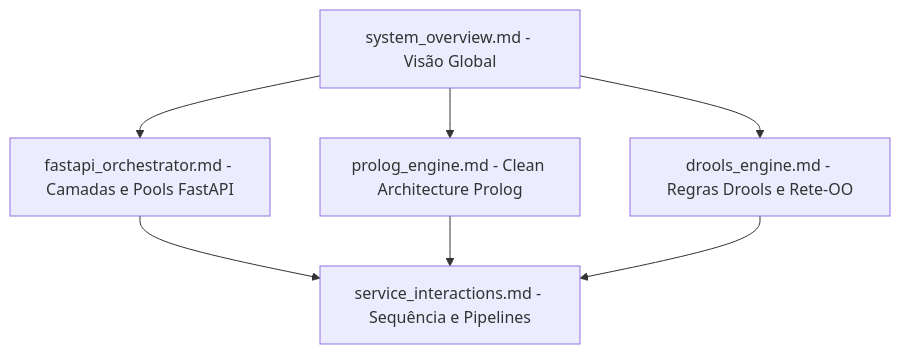
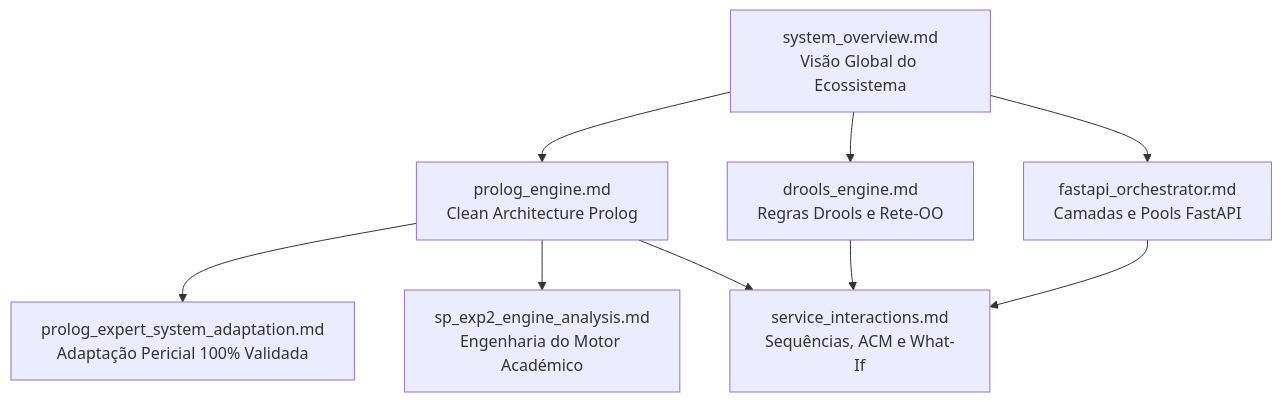
One commit to Alvaro1940052/meia-equipa3-challenge1-26_27 changed the diagram in docs/architecture/README.md. Above: the diagram before and after it, drawn with Mermaid. The commit also changed other lines of this file and 46 other files, not shown here.

Commit message:
feat: add retail prolog inference engine and backend orchestration support

````diff
--- a/docs/architecture/README.md
+++ b/docs/architecture/README.md
@@ -30,15 +30,19 @@
 ```mermaid
 flowchart TD
-    OVERVIEW["system_overview.md - Visão Global"]
-    PROLOG_DOC["prolog_engine.md - Clean Architecture Prolog"]
-    DROOLS_DOC["drools_engine.md - Regras Drools e Rete-OO"]
-    FASTAPI_DOC["fastapi_orchestrator.md - Camadas e Pools FastAPI"]
-    FLOW_DOC["service_interactions.md - Sequência e Pipelines"]
+    OVERVIEW["system_overview.md<br/>Visão Global do Ecossistema"]
+    PROLOG_DOC["prolog_engine.md<br/>Clean Architecture Prolog"]
+    DROOLS_DOC["drools_engine.md<br/>Regras Drools e Rete-OO"]
+    FASTAPI_DOC["fastapi_orchestrator.md<br/>Camadas e Pools FastAPI"]
+    FLOW_DOC["service_interactions.md<br/>Sequências, ACM e What-If"]
+    ADAPT_DOC["prolog_expert_system_adaptation.md<br/>Adaptação Pericial 100% Validada"]
+    ANALYSIS_DOC["sp_exp2_engine_analysis.md<br/>Engenharia do Motor Académico"]
 
     OVERVIEW --> PROLOG_DOC
     OVERVIEW --> DROOLS_DOC
     OVERVIEW --> FASTAPI_DOC
+    PROLOG_DOC --> ADAPT_DOC
+    PROLOG_DOC --> ANALYSIS_DOC
     FASTAPI_DOC --> FLOW_DOC
     PROLOG_DOC --> FLOW_DOC
     DROOLS_DOC --> FLOW_DOC
 ```
````
